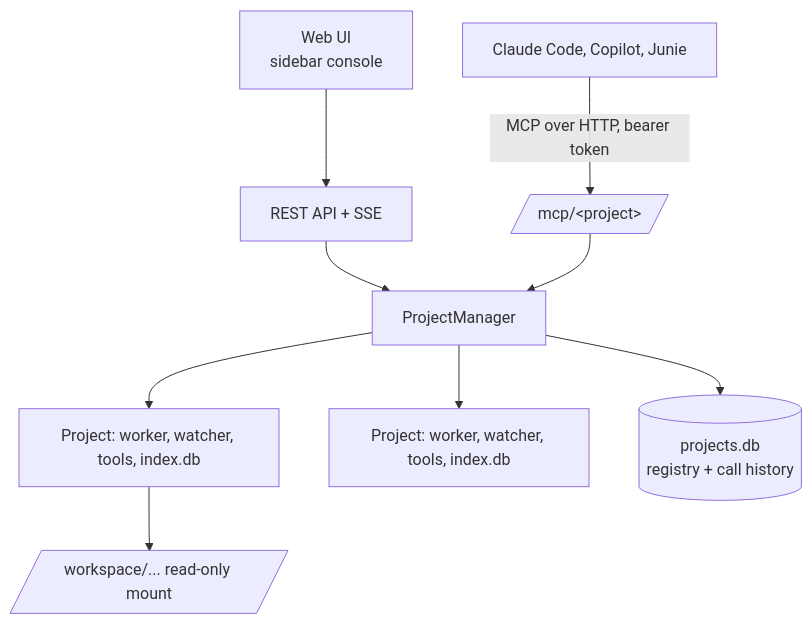
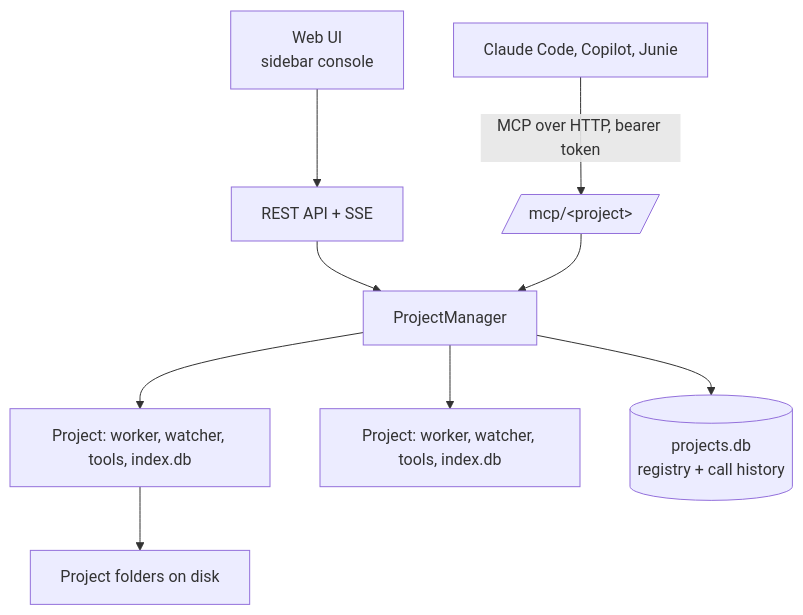
The diagram in docs/refdex-host-plan.md (danielonet/refdex), drawn with Mermaid before and after one commit. The commit also changed other lines of this file and 2 other files, not shown here.

````diff
--- a/docs/refdex-host-plan.md
+++ b/docs/refdex-host-plan.md
@@ -41,11 +53,11 @@
 ```mermaid
 flowchart TD
     UI[Web UI<br/>sidebar console] --> API[REST API + SSE]
     AI[Claude Code, Copilot, Junie] -->|MCP over HTTP, bearer token| MCP[/mcp/&lt;project&gt;/]
     API --> PM[ProjectManager]
     MCP --> PM
     PM --> P1[Project: worker, watcher, tools, index.db]
     PM --> P2[Project: worker, watcher, tools, index.db]
     PM --> R[(projects.db<br/>registry + call history)]
-    P1 --> F[/workspace/... read-only mount/]
+    P1 --> F[Project folders on disk]
 ```
````
